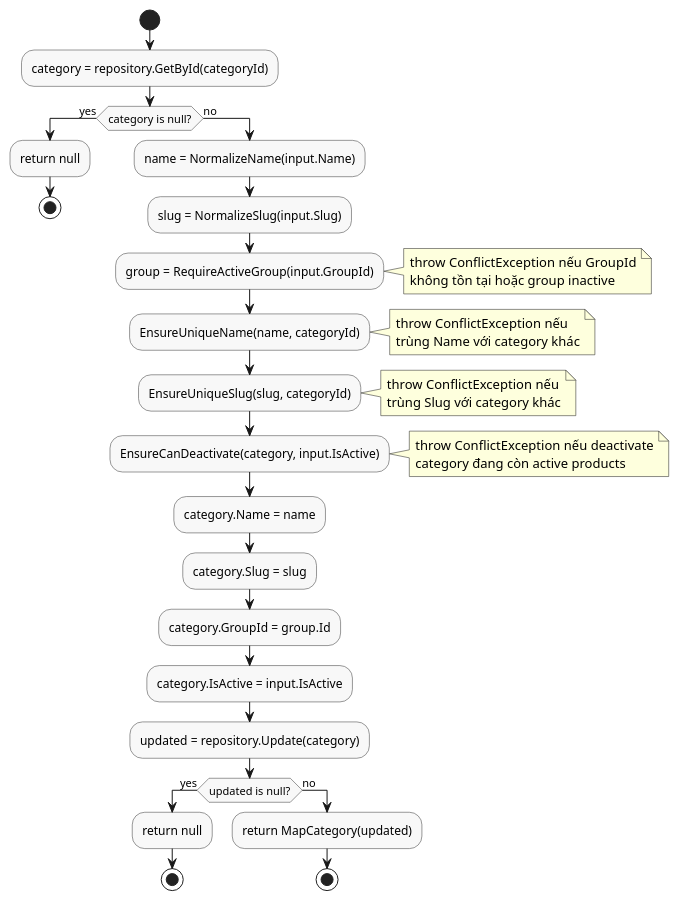
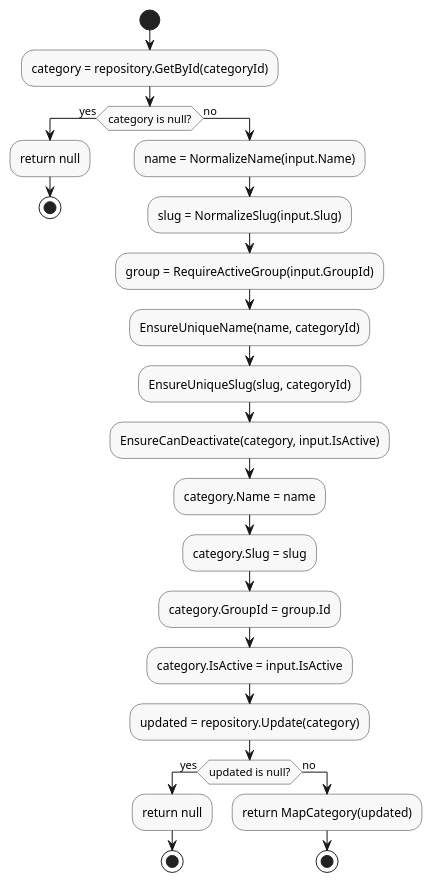
Before and after one commit to linhp7448-png/ShopdecorBee: the diagram in HomeDecorShop/CFG/CategoryService_Update.puml, drawn with PlantUML.

```diff
--- a/HomeDecorShop/CFG/CategoryService_Update.puml
+++ b/HomeDecorShop/CFG/CategoryService_Update.puml
@@ -1,40 +1,36 @@
 @startuml CategoryService_Update
 skinparam activity {
   BackgroundColor #F8F8F8
   BorderColor #333333
 }
 start
 :category = repository.GetById(categoryId);
 if (category is null?) then (yes)
   :return null;
   stop
 else (no)
   :name = NormalizeName(input.Name);
   :slug = NormalizeSlug(input.Slug);
   :group = RequireActiveGroup(input.GroupId);
-  note right: throw ConflictException nếu GroupId\nkhông tồn tại hoặc group inactive
-
+  
   :EnsureUniqueName(name, categoryId);
-  note right: throw ConflictException nếu\ntrùng Name với category khác
-
+  
   :EnsureUniqueSlug(slug, categoryId);
-  note right: throw ConflictException nếu\ntrùng Slug với category khác
-
+ 
   :EnsureCanDeactivate(category, input.IsActive);
-  note right: throw ConflictException nếu deactivate\ncategory đang còn active products
-
+  
   :category.Name = name;
   :category.Slug = slug;
   :category.GroupId = group.Id;
   :category.IsActive = input.IsActive;
 
   :updated = repository.Update(category);
   if (updated is null?) then (yes)
     :return null;
     stop
   else (no)
     :return MapCategory(updated);
     stop
   endif
 endif
 @enduml
```
